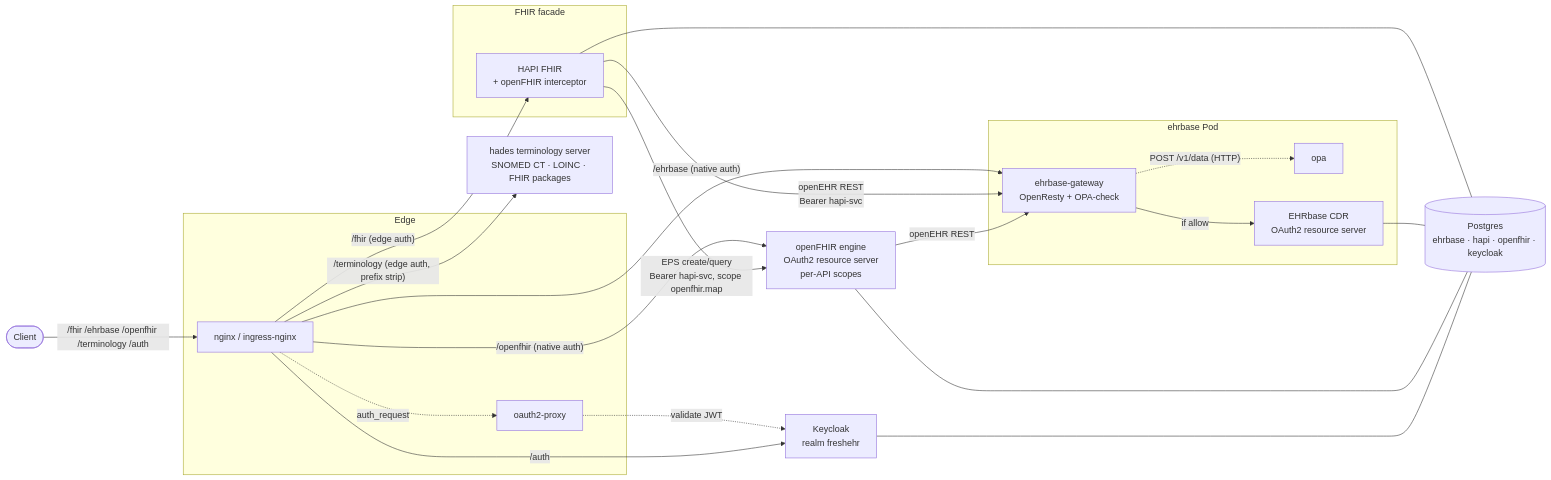
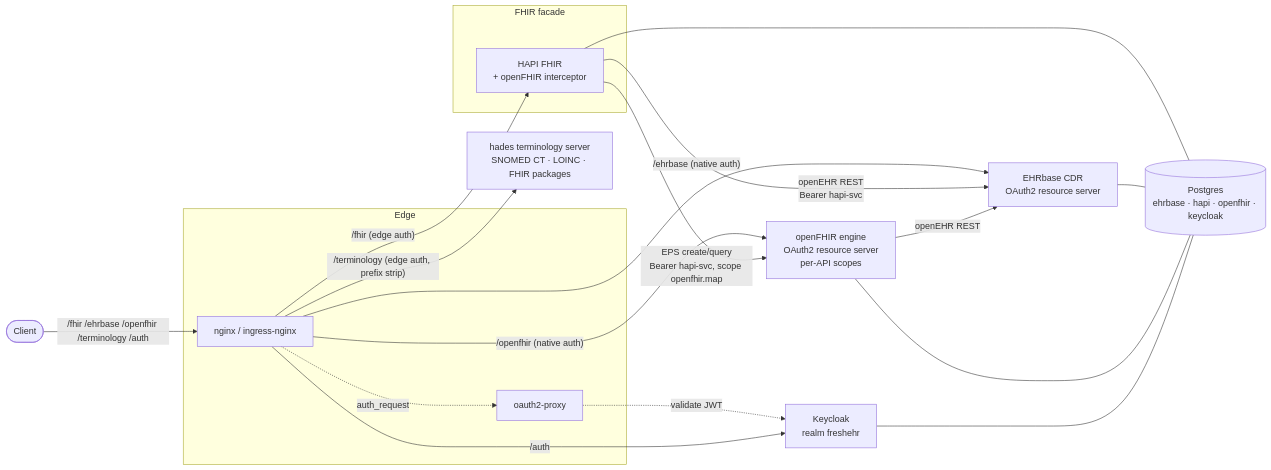
Before and after one commit to joostholslag/Open-health-stack: the diagram in README.md, drawn with Mermaid. The commit also changed 16 other files, not shown here.

````diff
--- a/README.md
+++ b/README.md
@@ -33,38 +33,32 @@
 ```mermaid
 flowchart LR
     client([Client])
     subgraph edge[Edge]
         nginx[nginx / ingress-nginx]
         o2p[oauth2-proxy]
     end
     subgraph fhir[FHIR facade]
         hapi[HAPI FHIR<br/>+ openFHIR interceptor]
     end
     kc[Keycloak<br/>realm freshehr]
     openfhir[openFHIR engine<br/>OAuth2 resource server<br/>per-API scopes]
-    subgraph ehrbasepod[ehrbase Pod]
-        ehrbase_gw[ehrbase-gateway<br/>OpenResty + OPA-check]
-        opa[opa]
-        ehrbase[EHRbase CDR<br/>OAuth2 resource server]
-    end
+    ehrbase[EHRbase CDR<br/>OAuth2 resource server]
     hades[hades terminology server<br/>SNOMED CT · LOINC · FHIR packages]
     pg[(Postgres<br/>ehrbase · hapi · openfhir · keycloak)]
 
 client -->|/fhir /ehrbase /openfhir /terminology /auth|nginx
 nginx -->|"/fhir (edge auth)"|hapi
 nginx -.->|auth_request|o2p
 o2p -.->|validate JWT|kc
-nginx -->|"/ehrbase (native auth)"|ehrbase_gw
+nginx -->|"/ehrbase (native auth)"|ehrbase
 nginx -->|"/openfhir (native auth)"|openfhir
 nginx -->|"/terminology (edge auth, prefix strip)"|hades
 nginx -->|/auth|kc
 hapi -->|"EPS create/query<br/>Bearer hapi-svc, scope openfhir.map"|openfhir
-hapi -->|"openEHR REST<br/>Bearer hapi-svc"|ehrbase_gw
-openfhir -->|openEHR REST|ehrbase_gw
-ehrbase_gw -.->|"POST /v1/data (HTTP)"|opa
-ehrbase_gw -->|"if allow"|ehrbase
+hapi -->|"openEHR REST<br/>Bearer hapi-svc"|ehrbase
+openfhir -->|openEHR REST|ehrbase
 hapi --- pg
 ehrbase --- pg
 openfhir --- pg
 kc --- pg
 ```
````
